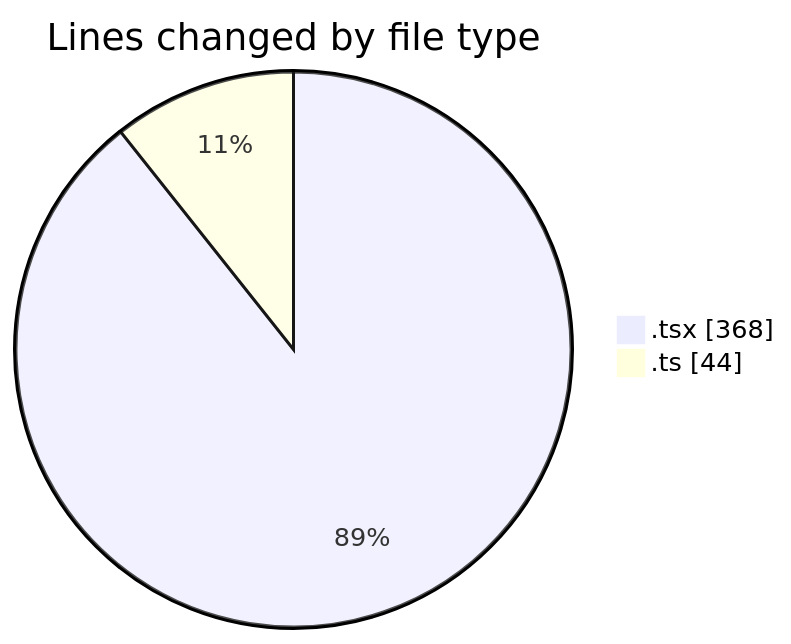
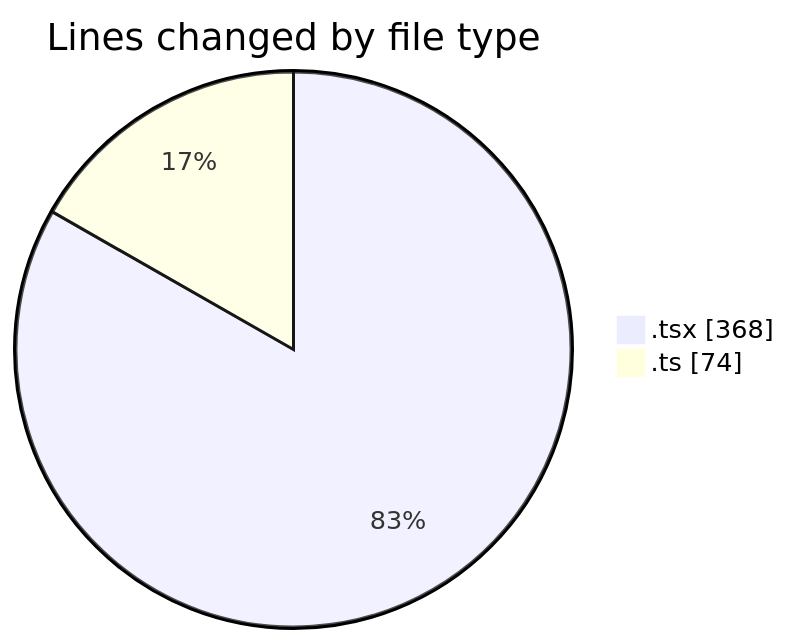
The first of 2 diagrams in 2025-05-22/niten/README.md (Elitesun/code-tracking), drawn with Mermaid before and after one commit. The commit also changed other lines of this file and 1 other file, not shown here.

````diff
--- a/2025-05-22/niten/README.md
+++ b/2025-05-22/niten/README.md
@@ -22,6 +23,6 @@
 ```mermaid
 pie showData
 title Lines changed by file type
 ".tsx" : 368
-".ts" : 44
+".ts" : 74
 ```
````
